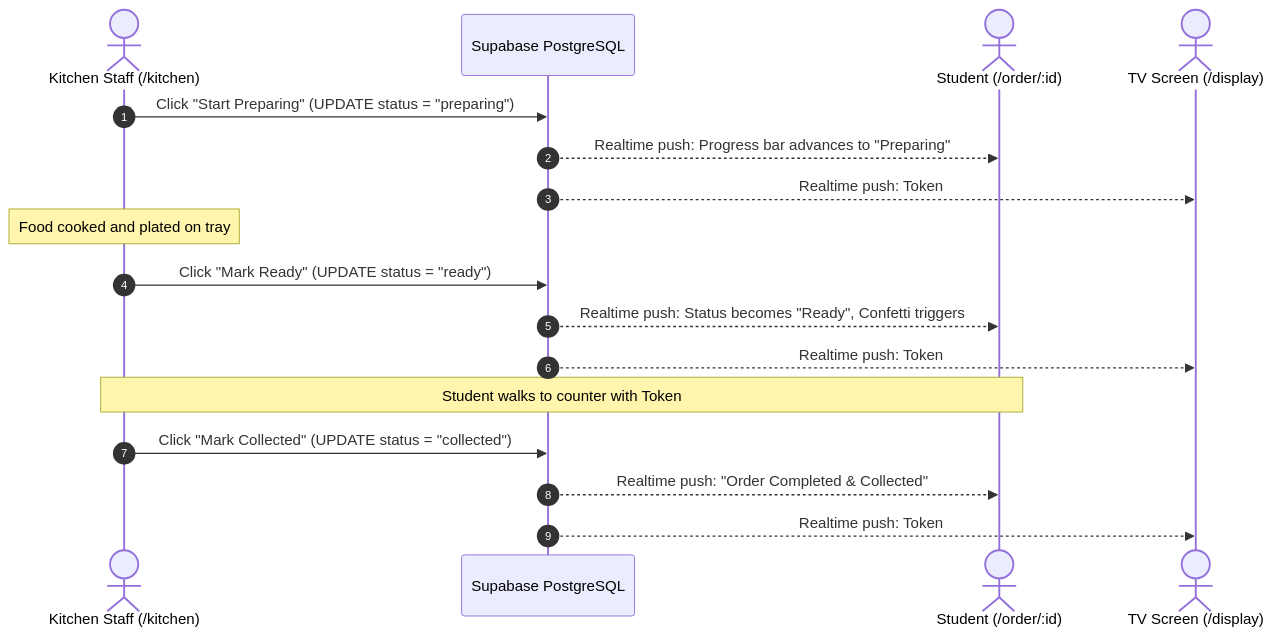
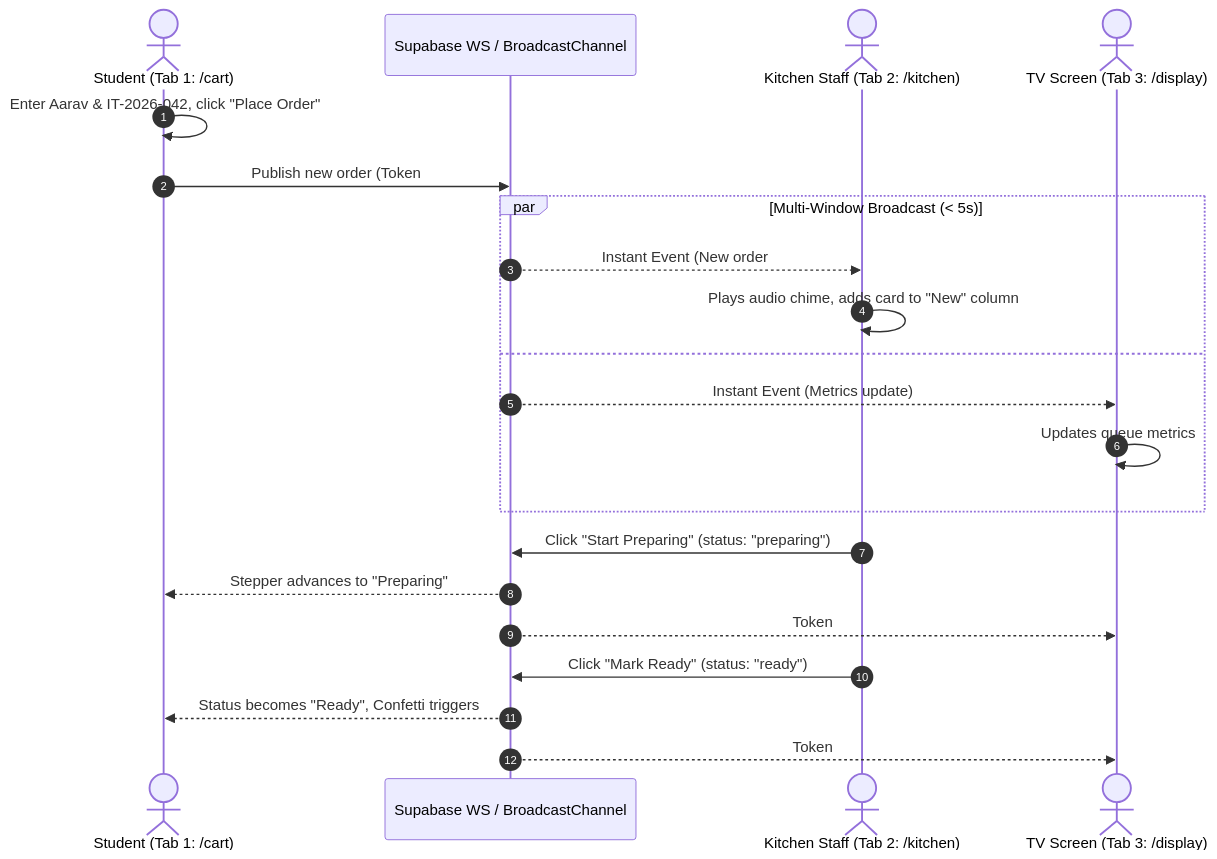
The third of 3 diagrams in docs/03-flows-rules.md (Purohit-Yogeshraj/canteen-menu-order-system), drawn with Mermaid before and after one commit. The commit also changed other lines of this file and 3 other files, not shown here.

Commit message:
docs: incorporate 8 safety conditions into architecture and specs

````diff
--- a/docs/03-flows-rules.md
+++ b/docs/03-flows-rules.md
@@ -141,24 +159,27 @@
 ```mermaid
 sequenceDiagram
     autonumber
-    actor Kitchen as Kitchen Staff (/kitchen)
-    participant DB as Supabase PostgreSQL
-    actor Student as Student (/order/:id)
-    actor Display as TV Screen (/display)
+    actor Student as Student (Tab 1: /cart)
+    participant ClientBus as Supabase WS / BroadcastChannel
+    actor Kitchen as Kitchen Staff (Tab 2: /kitchen)
+    actor Display as TV Screen (Tab 3: /display)
 
-    Kitchen->>DB: Click "Start Preparing" (UPDATE status = "preparing")
-    DB-->>Student: Realtime push: Progress bar advances to "Preparing"
-    DB-->>Display: Realtime push: Token #042 appears in "PREPARING" zone
+    Student->>Student: Enter Aarav & IT-2026-042, click "Place Order"
+    Student->>ClientBus: Publish new order (Token #001, status: "placed")
+    
+    par Multi-Window Broadcast (< 5s)
+        ClientBus-->>Kitchen: Instant Event (New order #001)
+        Kitchen->>Kitchen: Plays audio chime, adds card to "New" column
+    and
+        ClientBus-->>Display: Instant Event (Metrics update)
+        Display->>Display: Updates queue metrics
+    end
+    
+    Kitchen->>ClientBus: Click "Start Preparing" (status: "preparing")
+    ClientBus-->>Student: Stepper advances to "Preparing"
+    ClientBus-->>Display: Token #001 appears in "PREPARING" zone
 
-    Note over Kitchen: Food cooked and plated on tray
-
-    Kitchen->>DB: Click "Mark Ready" (UPDATE status = "ready")
-    DB-->>Student: Realtime push: Status becomes "Ready", Confetti triggers
-    DB-->>Display: Realtime push: Token #042 moves to "READY" zone (Blinks 5s)
-
-    Note over Student,Kitchen: Student walks to counter with Token #042
-
-    Kitchen->>DB: Click "Mark Collected" (UPDATE status = "collected")
-    DB-->>Student: Realtime push: "Order Completed & Collected"
-    DB-->>Display: Realtime push: Token #042 cleared from display board
+    Kitchen->>ClientBus: Click "Mark Ready" (status: "ready")
+    ClientBus-->>Student: Status becomes "Ready", Confetti triggers
+    ClientBus-->>Display: Token #001 moves to "READY" zone (Blinks 5s)
 ```
````
